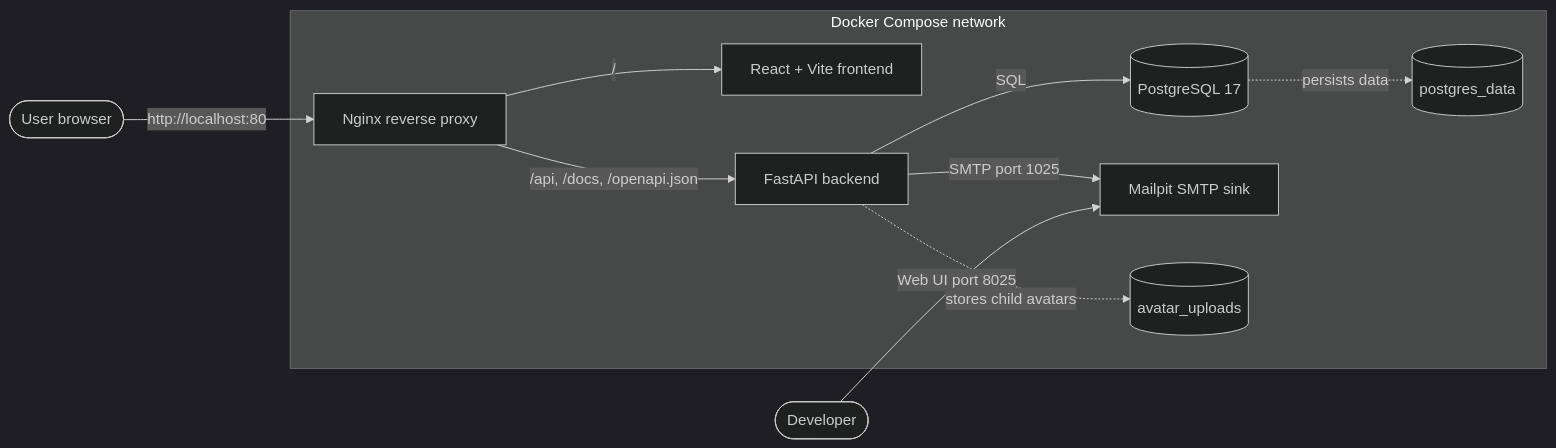
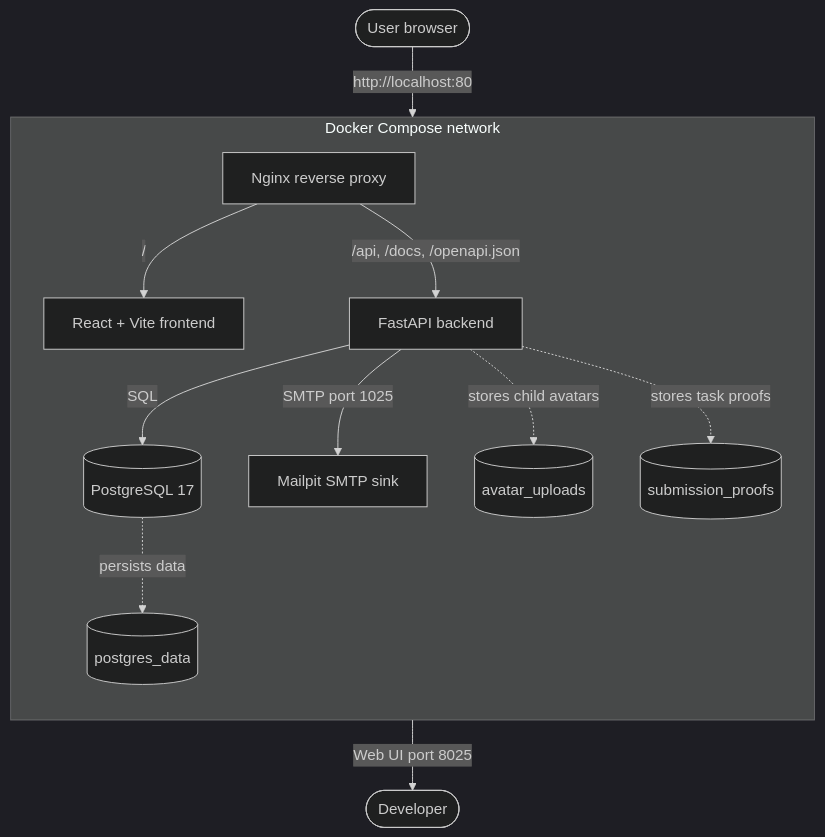
Before and after one commit to Pedrocrlx/EarnIt: the first of 4 diagrams in README.md, drawn with Mermaid (dark theme). The commit also changed other lines of this file, not shown here.

````diff
--- a/README.md
+++ b/README.md
@@ -24,24 +24,26 @@
 ```mermaid
-flowchart LR
+flowchart TB
     Browser([User browser])
-    Developer([Developer])
 
     subgraph Stack[Docker Compose network]
+        direction TB
         Proxy[Nginx reverse proxy]
         Frontend[React + Vite frontend]
         API[FastAPI backend]
         DB[(PostgreSQL 17)]
         Mailpit[Mailpit SMTP sink]
         DBVolume[(postgres_data)]
         AvatarVolume[(avatar_uploads)]
+        ProofVolume[(submission_proofs)]
     end
 
     Browser -->|http://localhost:80| Proxy
     Proxy -->|/| Frontend
     Proxy -->|/api, /docs, /openapi.json| API
     API -->|SQL| DB
     API -->|SMTP port 1025| Mailpit
-    Developer -->|Web UI port 8025| Mailpit
+    Mailpit -->|Web UI port 8025| Developer([Developer])
     DB -.->|persists data| DBVolume
     API -.->|stores child avatars| AvatarVolume
+    API -.->|stores task proofs| ProofVolume
 ```
````
